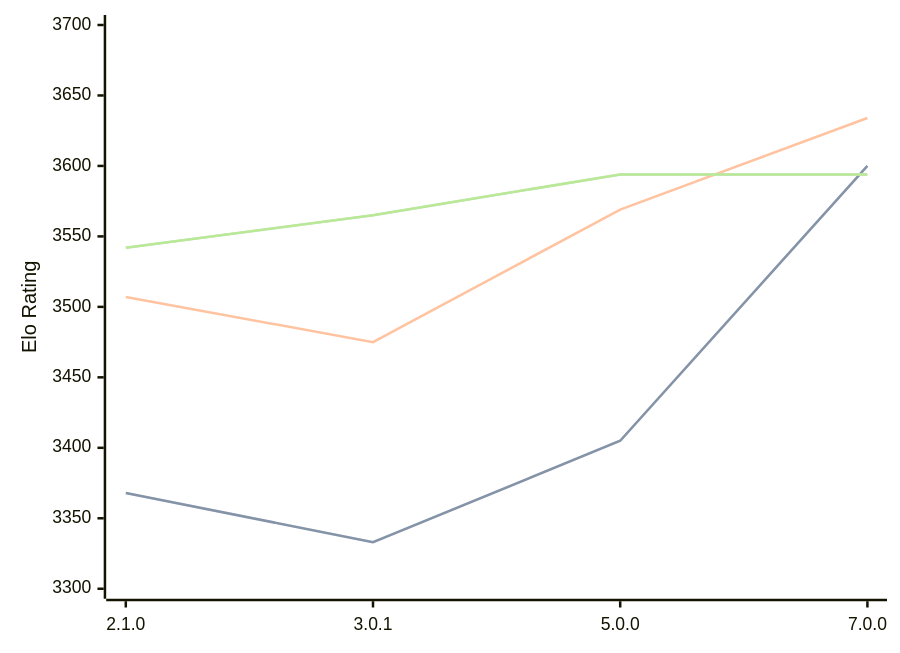
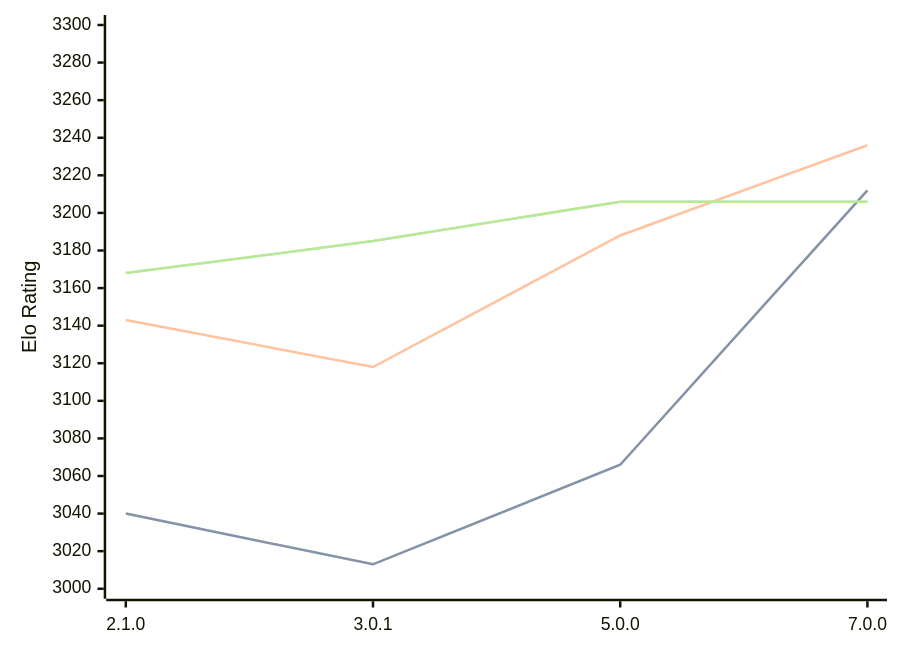
The diagram in engines/PlentyChess.md (computer-chess-index/cci), drawn with Mermaid before and after one commit. The commit also changed other lines of this file, not shown here.

Commit message:
Update CCI Ratings (ELO VLTC) - 2026-02-23

````diff
--- a/engines/PlentyChess.md
+++ b/engines/PlentyChess.md
@@ -42,11 +42,11 @@
 ```mermaid
 %%{init: {"theme":"base","themeVariables":{"seriesColors:['#a3a3a3','#222221','#faa371']}}}%%
 xychart-beta
   x-axis ["2.1.0", "3.0.1", "5.0.0", "7.0.0"]
-  y-axis "Elo Rating" 3300 --> 3700
-  line "STC (8.0+0.08s)" [3368, 3333, 3405, 3600]
-  line "STC (8.0+0.08s)" [3368, 3333, 3405, 3600]
-  line "LTC (60.0+0.60s)" [3507, 3475, 3569, 3634]
-  line "VLTC (2m24s+1.12s)" [3542, 3565, 3594, 3594]
-  line "VLTC (2m24s+1.12s)" [3542, 3565, 3594, 3594]
+  y-axis "Elo Rating" 3000 --> 3300
+  line "STC (8.0+0.08s)" [3040, 3013, 3066, 3212]
+  line "STC (8.0+0.08s)" [3040, 3013, 3066, 3212]
+  line "LTC (60.0+0.60s)" [3143, 3118, 3188, 3236]
+  line "VLTC (2m24s+1.12s)" [3168, 3185, 3206, 3206]
+  line "VLTC (2m24s+1.12s)" [3168, 3185, 3206, 3206]
 ```
````
